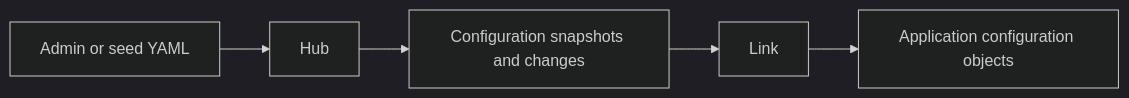
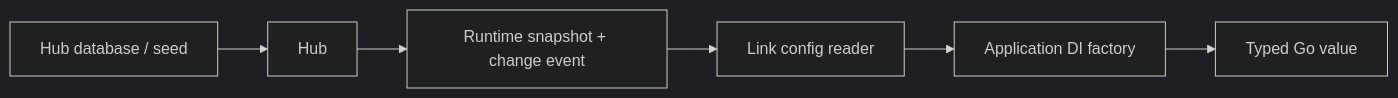
One commit to yorun-ai/vine-site changed the second of 2 diagrams in docs/framework/configuration.md. Above: the diagram before and after it, drawn with Mermaid (dark theme). The commit also changed other lines of this file and 95 other files, not shown here.

````diff
--- a/docs/framework/configuration.md
+++ b/docs/framework/configuration.md
@@ -58,4 +139,8 @@
 ```mermaid
 flowchart LR
-  Admin["Admin or seed YAML"] --> Hub["Hub"] --> Redis["Configuration snapshots and changes"] --> Link["Link"] --> App["Application configuration objects"]
+  Source["Hub database / seed"] --> Hub["Hub"]
+  Hub --> Redis["Runtime snapshot + change event"]
+  Redis --> Link["Link config reader"]
+  Link --> DI["Application DI factory"]
+  DI --> Object["Typed Go value"]
 ```
````
